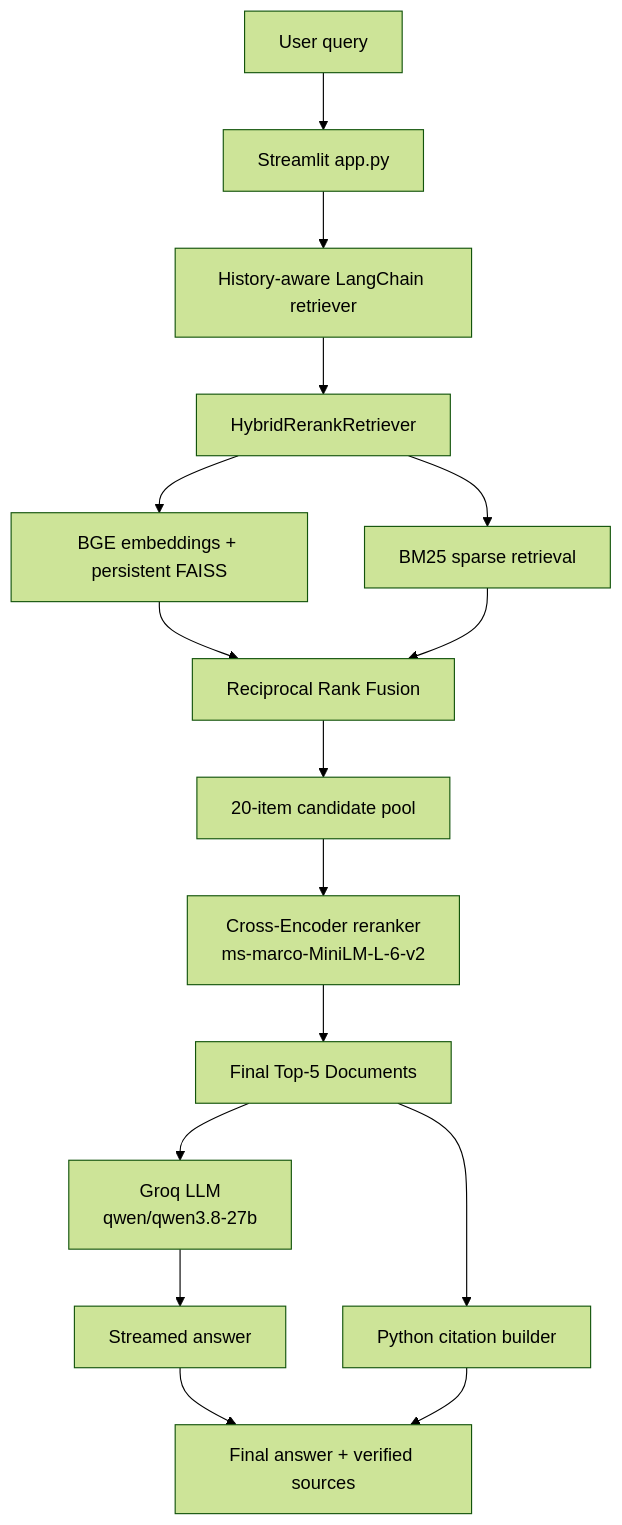
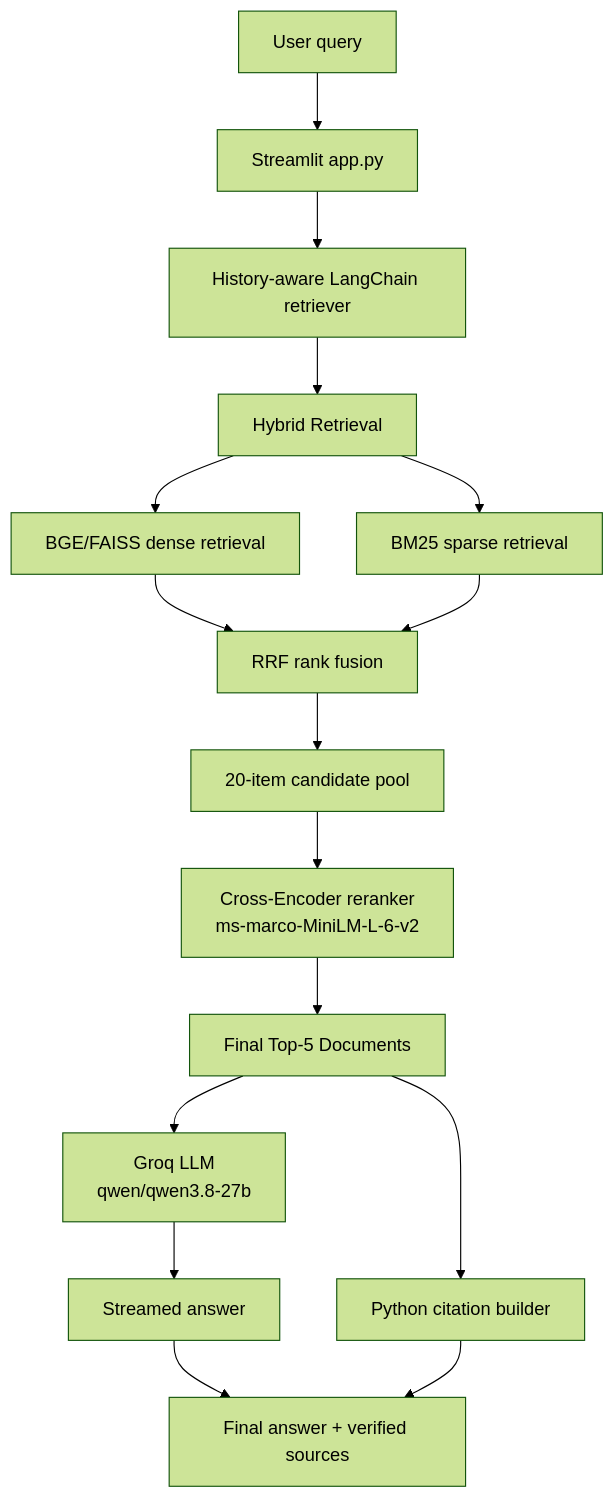
Before and after one commit to Moinak07/docmind-ai: the first of 2 diagrams in README.md, drawn with Mermaid (forest theme).

Commit message:
docs: clarify retrieval and reranking architecture

````diff
--- a/README.md
+++ b/README.md
@@ -45,18 +45,18 @@
 ```mermaid
 flowchart TD
     U[User query] --> A[Streamlit app.py]
     A --> H[History-aware LangChain retriever]
-    H --> R[HybridRerankRetriever]
-    R --> D[BGE embeddings + persistent FAISS]
+    H --> R[Hybrid Retrieval]
+    R --> D[BGE/FAISS dense retrieval]
     R --> B[BM25 sparse retrieval]
-    D --> F[Reciprocal Rank Fusion]
+    D --> F[RRF rank fusion]
     B --> F
     F --> P[20-item candidate pool]
     P --> X[Cross-Encoder reranker<br/>ms-marco-MiniLM-L-6-v2]
     X --> K[Final Top-5 Documents]
     K --> G[Groq LLM<br/>qwen/qwen3.8-27b]
     G --> S[Streamed answer]
     K --> C[Python citation builder]
     S --> O[Final answer + verified sources]
     C --> O
 ```
````
